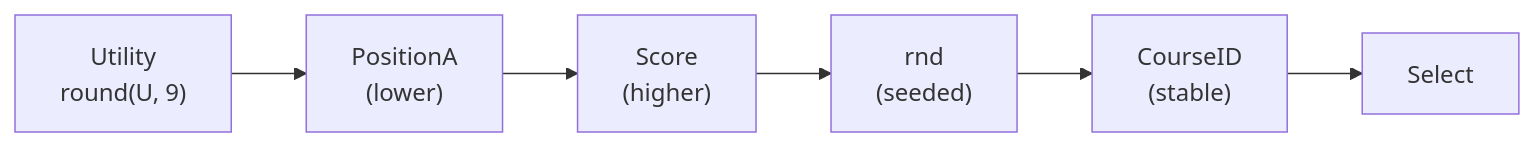
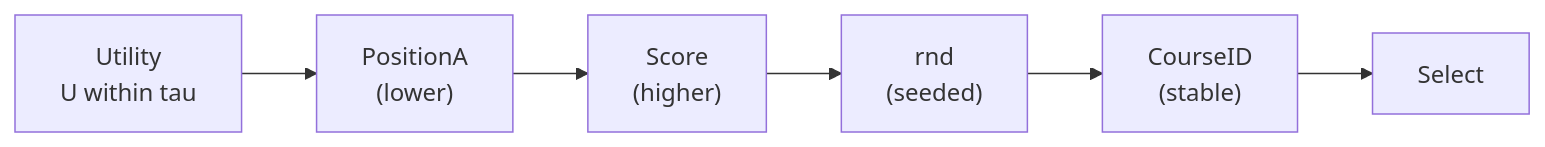
One commit to JosefSo/Course-Allocation-with-Friendships changed the diagram in README.md. Above: the diagram before and after it, drawn with Mermaid. The commit also changed other lines of this file and 2 other files, not shown here.

First line of the commit message:
Refactor HBS social draft engine to enhance tie-breaking logic and introduce utility-based sorting

````diff
--- a/README.md
+++ b/README.md
@@ -291,10 +286,10 @@
 ```mermaid
 flowchart LR
-    A["Utility<br/>round(U, 9)"]
+    A["Utility<br/>U within tau"]
     B["PositionA<br/>(lower)"]
     C["Score<br/>(higher)"]
     D["rnd<br/>(seeded)"]
     E["CourseID<br/>(stable)"]
 
     A --> B --> C --> D --> E --> Z["Select"]
 ```
````
